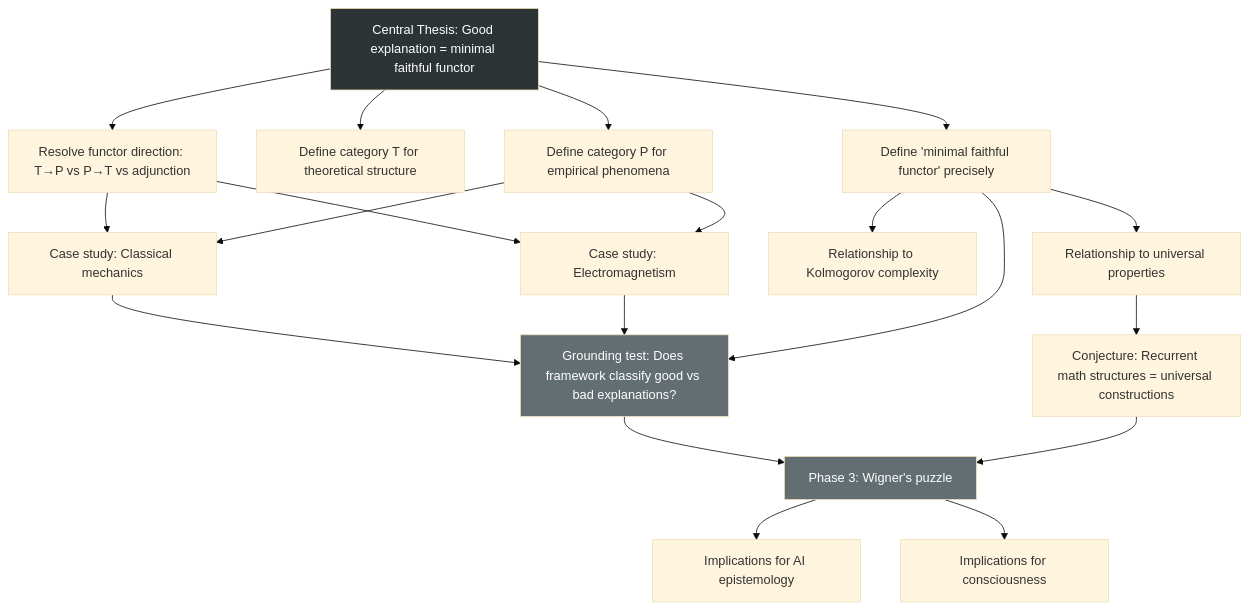
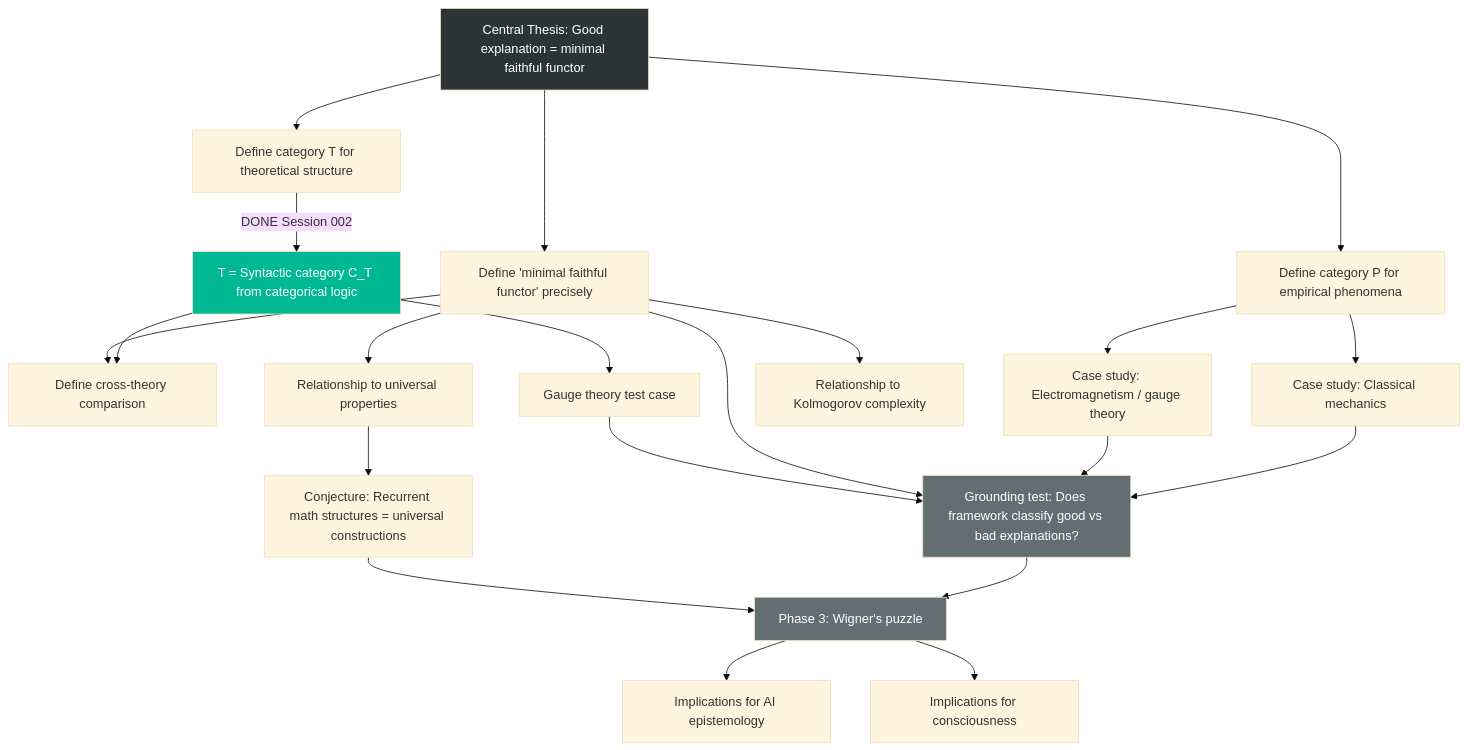
The diagram in state/conceptual_map.md (rohanbenecke/LLM_initiated_research), drawn with Mermaid (base theme) before and after one commit. The commit also changed other lines of this file and 7 other files, not shown here.

First line of the commit message:
Session 002: Identify syntactic category connection, resolve T construction and functor direction

````diff
--- a/state/conceptual_map.md
+++ b/state/conceptual_map.md
@@ -9,30 +9,34 @@
 ```mermaid
 graph TD
     A[Central Thesis: Good explanation = minimal faithful functor] --> B[Define category P for empirical phenomena]
     A --> C[Define category T for theoretical structure]
     A --> D[Define 'minimal faithful functor' precisely]
-    A --> N[Resolve functor direction: T→P vs P→T vs adjunction]
 
-    N --> E
-    N --> F
+    C -->|DONE Session 002| C2[T = Syntactic category C_T from categorical logic]
+    C2 --> O[Define cross-theory comparison]
+    C2 --> P2[Gauge theory test case]
+
     B --> E[Case study: Classical mechanics]
-    B --> F[Case study: Electromagnetism]
-    
+    B --> F[Case study: Electromagnetism / gauge theory]
+
     D --> G[Relationship to Kolmogorov complexity]
     D --> H[Relationship to universal properties]
-    
+    D --> O
+
     E --> I[Grounding test: Does framework classify good vs bad explanations?]
     F --> I
     D --> I
-    
+    P2 --> I
+
     H --> J[Conjecture: Recurrent math structures = universal constructions]
     I --> K[Phase 3: Wigner's puzzle]
     J --> K
-    
+
     K --> L[Implications for AI epistemology]
     K --> M[Implications for consciousness]
 
     style A fill:#2d3436,color:#fff
+    style C2 fill:#00b894,color:#fff
     style I fill:#636e72,color:#fff
     style K fill:#636e72,color:#fff
 ```
````
